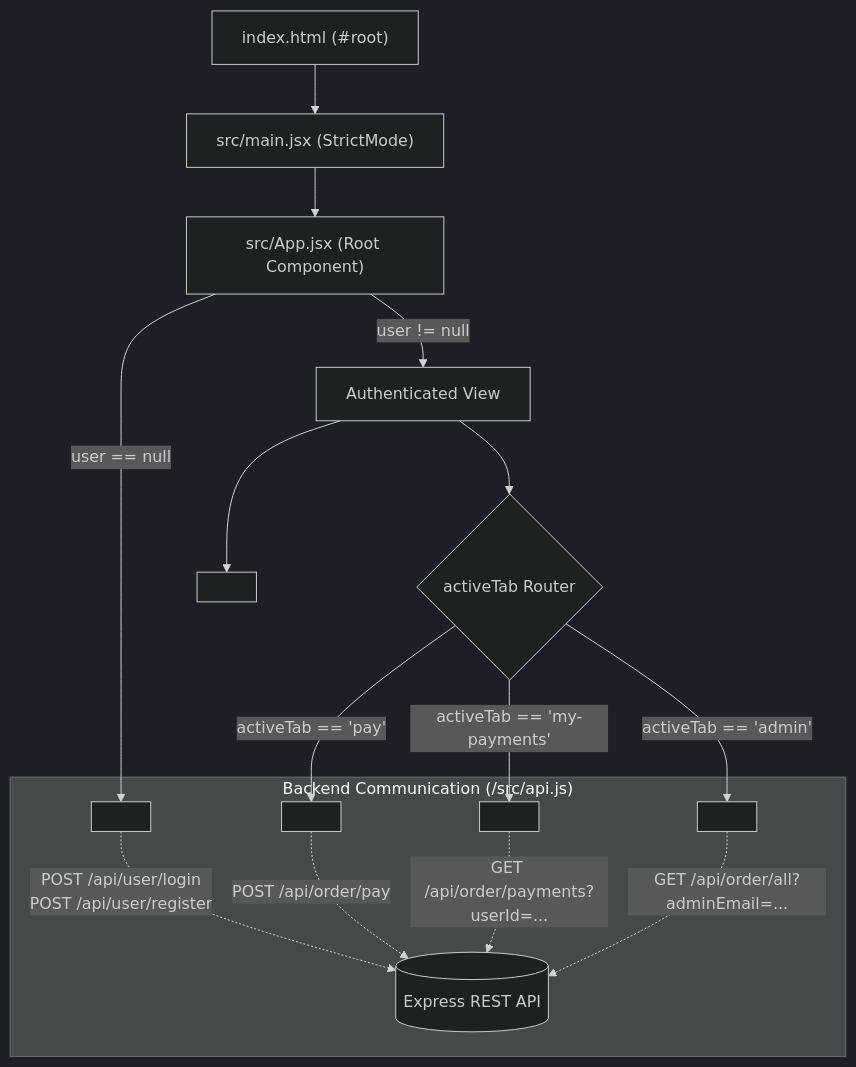
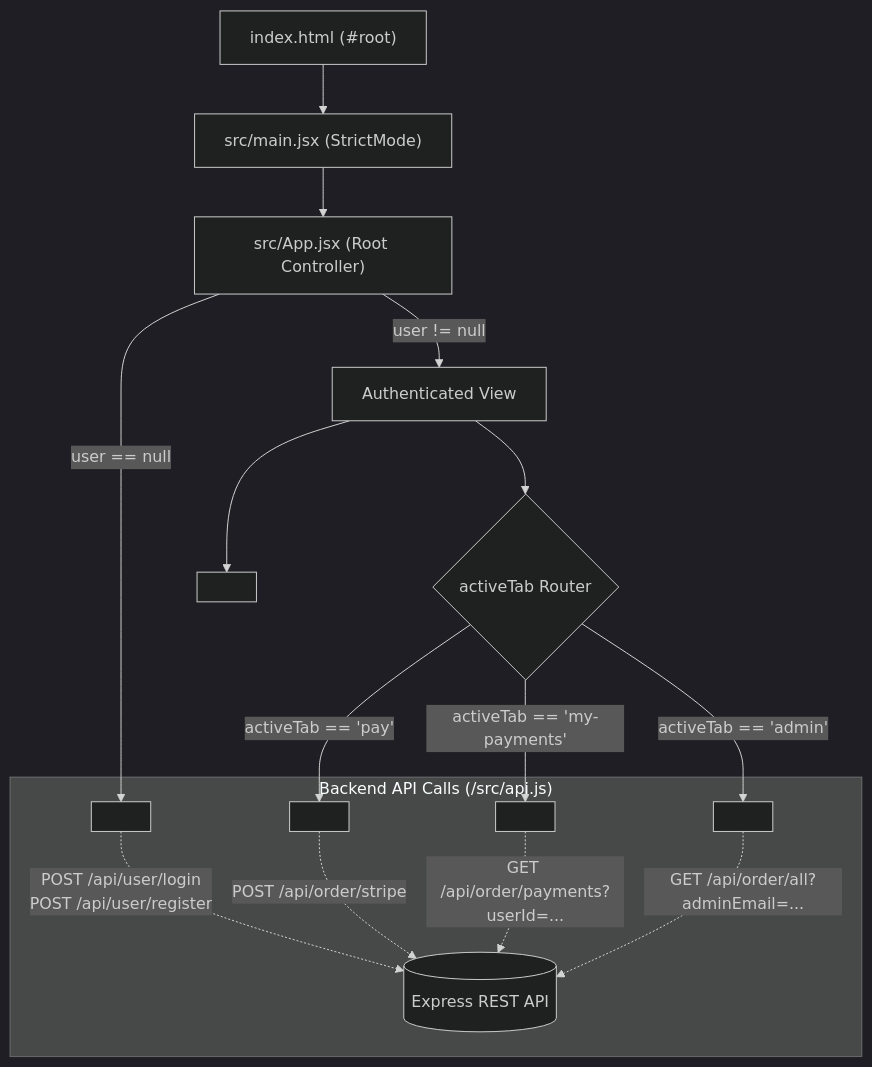
The diagram in Frontend/README.md (Satyam6201/Payment-Gateway), drawn with Mermaid (dark theme) before and after one commit. The commit also changed other lines of this file and 2 other files, not shown here.

````diff
--- a/Frontend/README.md
+++ b/Frontend/README.md
@@ -49,22 +51,22 @@
 ```mermaid
 flowchart TD
     IndexHTML["index.html (#root)"] --> Main["src/main.jsx (StrictMode)"]
-    Main --> App["src/App.jsx (Root Component)"]
+    Main --> App["src/App.jsx (Root Controller)"]
 
     App -->|user == null| Auth["<AuthPage onLogin={handleLogin} />"]
     App -->|user != null| AuthenticatedLayout["Authenticated View"]
 
     AuthenticatedLayout --> Nav["<Navbar activeTab setActiveTab user onLogout />"]
     AuthenticatedLayout --> Router{"activeTab Router"}
 
     Router -->|activeTab == 'pay'| Pay["<PayPage user={user} />"]
-    Router -->|activeTab == 'my-payments'| MyPayments["<MyPaymentsPage user={user} />"]
+    Router -->|activeTab == 'my-payments'| MyPayments["<MyPaymentsPage user={user} onNavigateToPay={...} />"]
     Router -->|activeTab == 'admin'| Admin["<AdminPanel user={user} />"]
 
-    subgraph API["Backend Communication (/src/api.js)"]
+    subgraph API["Backend API Calls (/src/api.js)"]
         Auth -.->|POST /api/user/login<br/>POST /api/user/register| ServerAPI[(Express REST API)]
-        Pay -.->|POST /api/order/pay| ServerAPI
+        Pay -.->|POST /api/order/stripe| ServerAPI
         MyPayments -.->|GET /api/order/payments?userId=...| ServerAPI
         Admin -.->|GET /api/order/all?adminEmail=...| ServerAPI
     end
 ```
````
